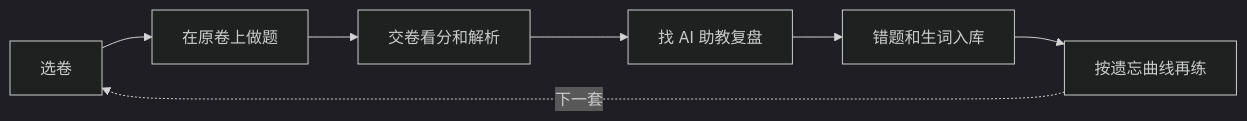
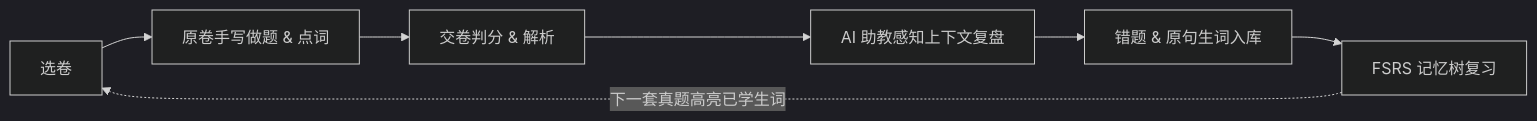
One commit to luohui1/CETPath changed the diagram in README.md. Above: the diagram before and after it, drawn with Mermaid (dark theme). The commit also changed other lines of this file, not shown here.

````diff
--- a/README.md
+++ b/README.md
@@ -91,9 +71,9 @@
 ```mermaid
 flowchart LR
-  A[选卷] --> B[在原卷上做题]
-  B --> C[交卷看分和解析]
-  C --> D[找 AI 助教复盘]
-  D --> E[错题和生词入库]
-  E --> F[按遗忘曲线再练]
-  F -.下一套.-> A
+  A[选卷] --> B[原卷手写做题 & 点词]
+  B --> C[交卷判分 & 解析]
+  C --> D[AI 助教感知上下文复盘]
+  D --> E[错题 & 原句生词入库]
+  E --> F[FSRS 记忆树复习]
+  F -.下一套真题高亮已学生词.-> A
 ```
````
